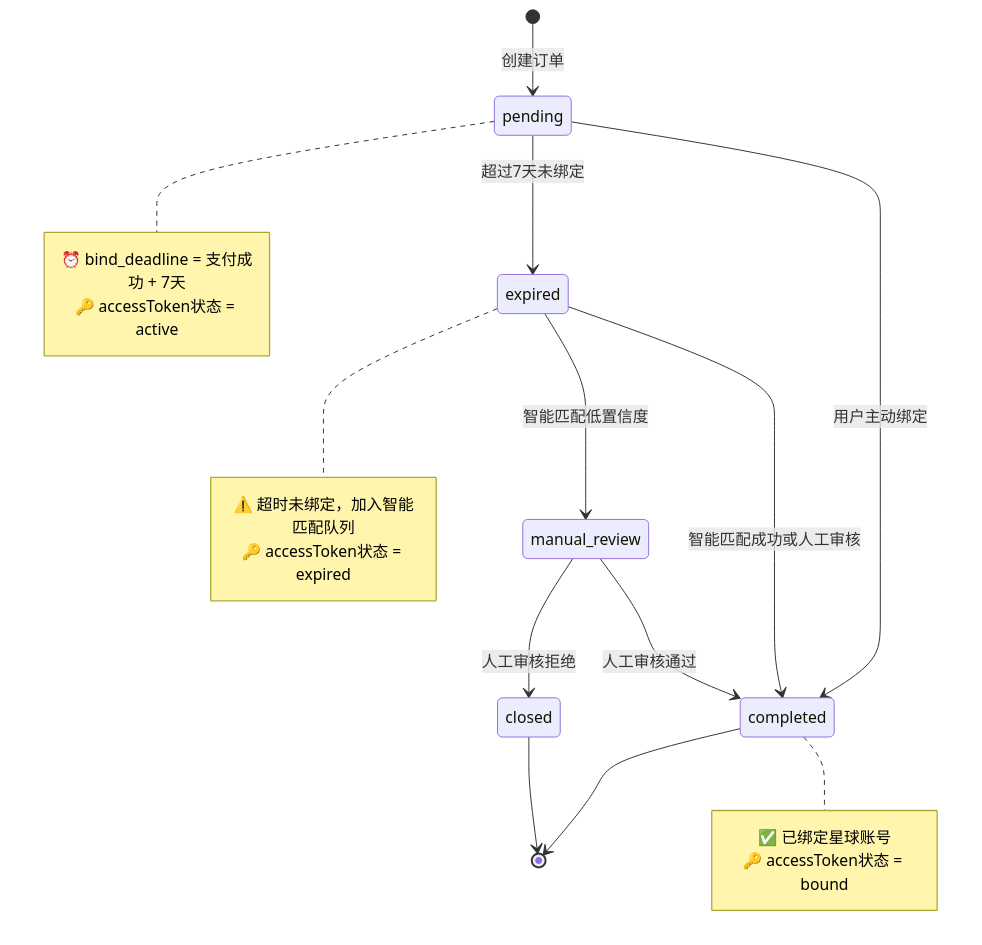
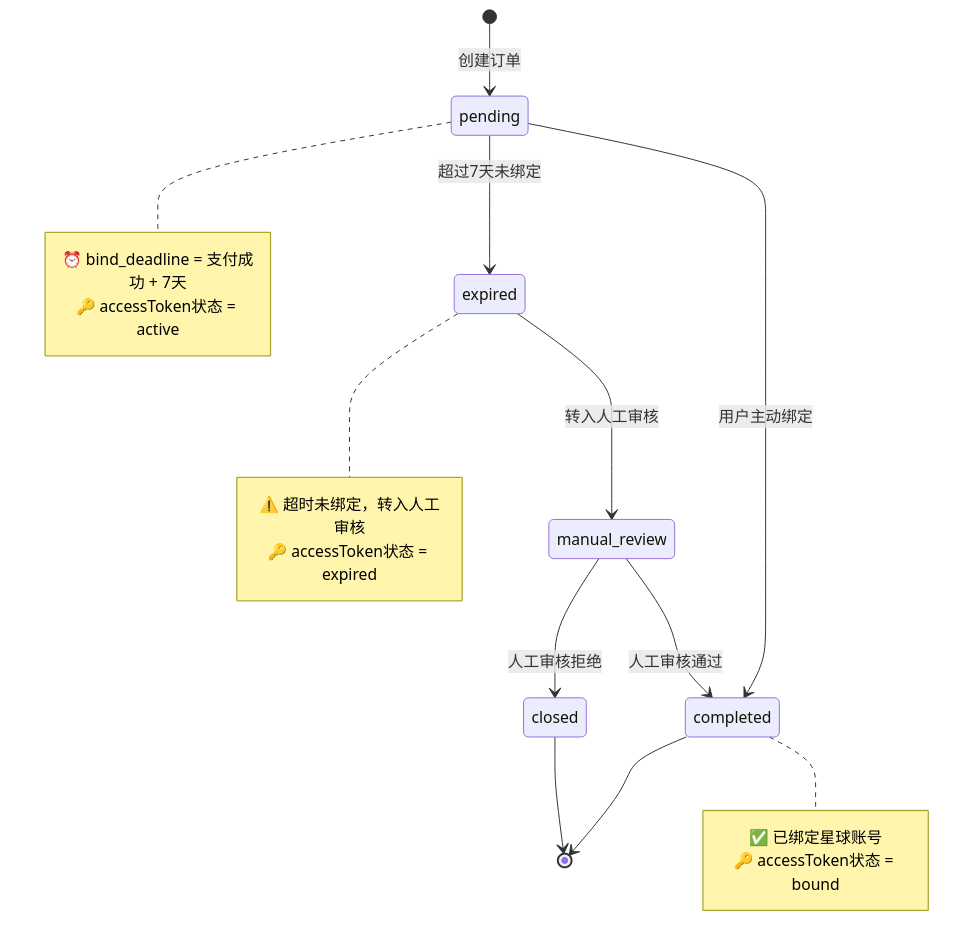
One commit to yiancode/AutoDepositRefundAgent changed the second of 3 diagrams in docs/v1/user-stories/EP02-会员报名与支付.md. Above: the diagram before and after it, drawn with Mermaid. The commit also changed other lines of this file and 6 other files, not shown here.

````diff
--- a/docs/v1/user-stories/EP02-会员报名与支付.md
+++ b/docs/v1/user-stories/EP02-会员报名与支付.md
@@ -732,27 +733,26 @@
 ```mermaid
 stateDiagram-v2
     [*] --> pending: 创建订单
     pending --> completed: 用户主动绑定
     pending --> expired: 超过7天未绑定
-    expired --> completed: 智能匹配成功或人工审核
-    expired --> manual_review: 智能匹配低置信度
+    expired --> manual_review: 转入人工审核
     manual_review --> completed: 人工审核通过
     manual_review --> closed: 人工审核拒绝
     completed --> [*]
     closed --> [*]
 
     note right of pending
         ⏰ bind_deadline = 支付成功 + 7天
         🔑 accessToken状态 = active
     end note
 
     note right of completed
         ✅ 已绑定星球账号
         🔑 accessToken状态 = bound
     end note
 
     note right of expired
-        ⚠️ 超时未绑定，加入智能匹配队列
+        ⚠️ 超时未绑定，转入人工审核
         🔑 accessToken状态 = expired
     end note
 ```
````
